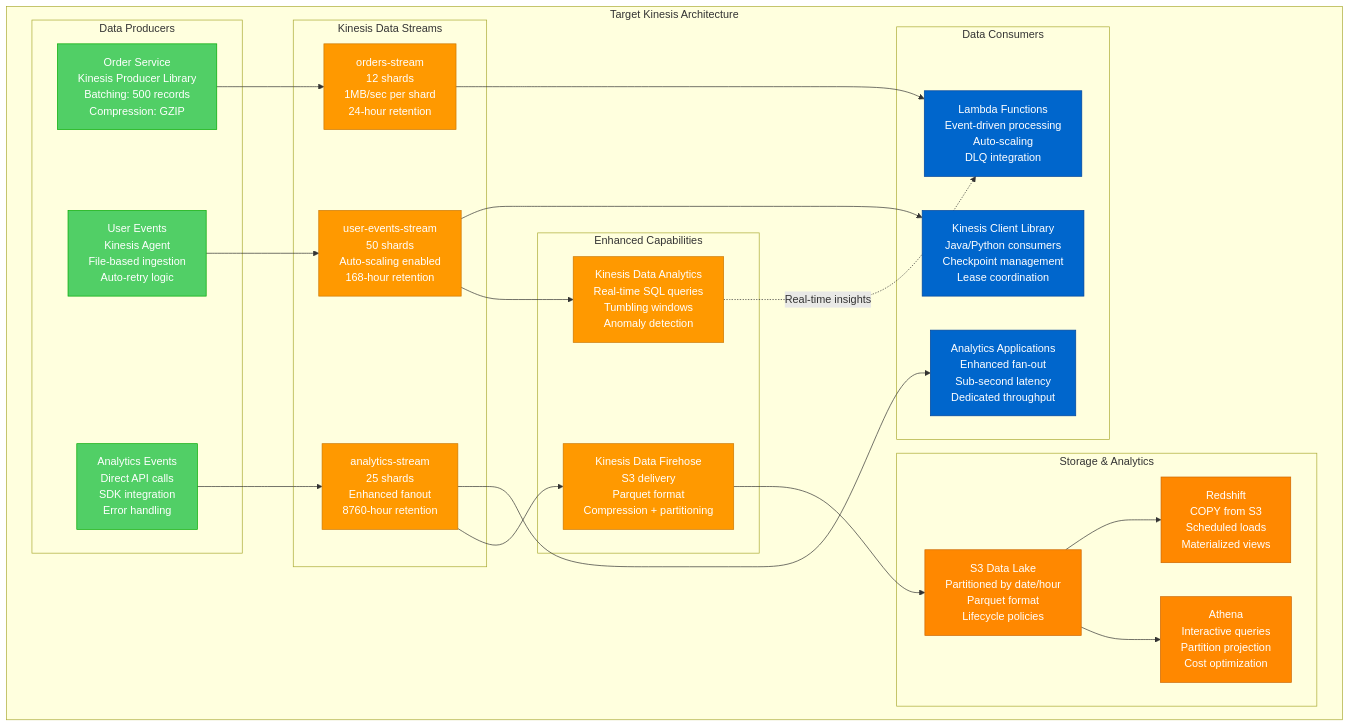
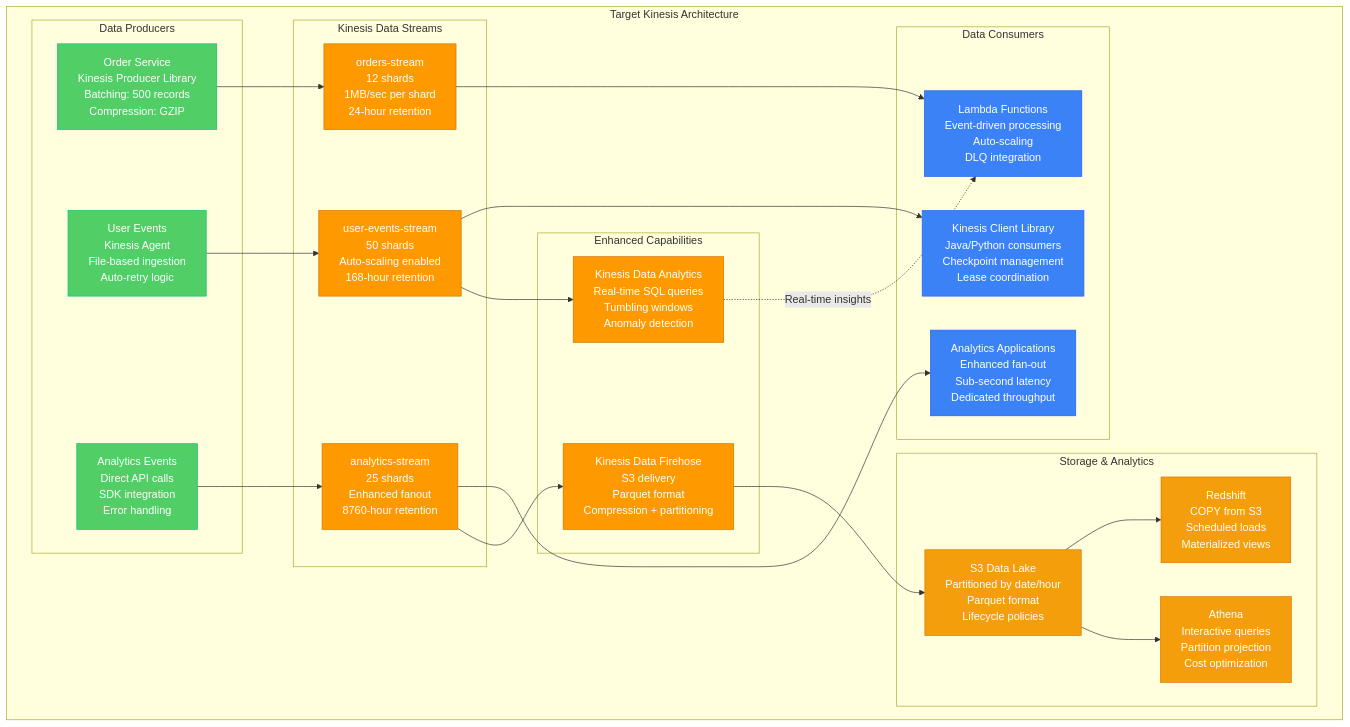
Before and after one commit to deepaucksharma/DS: the second of 7 diagrams in site/docs/migrations/kafka-to-kinesis.md, drawn with Mermaid. The commit also changed other lines of this file and 303 other files, not shown here.

````diff
--- a/site/docs/migrations/kafka-to-kinesis.md
+++ b/site/docs/migrations/kafka-to-kinesis.md
@@ -113,66 +113,66 @@
 ```mermaid
 graph TB
     subgraph "Target Kinesis Architecture"
         subgraph "Data Producers"
             APP1[Order Service<br/>Kinesis Producer Library<br/>Batching: 500 records<br/>Compression: GZIP]
             APP2[User Events<br/>Kinesis Agent<br/>File-based ingestion<br/>Auto-retry logic]
             APP3[Analytics Events<br/>Direct API calls<br/>SDK integration<br/>Error handling]
         end
 
         subgraph "Kinesis Data Streams"
             STREAM1[orders-stream<br/>12 shards<br/>1MB/sec per shard<br/>24-hour retention]
             STREAM2[user-events-stream<br/>50 shards<br/>Auto-scaling enabled<br/>168-hour retention]
             STREAM3[analytics-stream<br/>25 shards<br/>Enhanced fanout<br/>8760-hour retention]
         end
 
         subgraph "Enhanced Capabilities"
             KINESIS_ANALYTICS[Kinesis Data Analytics<br/>Real-time SQL queries<br/>Tumbling windows<br/>Anomaly detection]
 
             KINESIS_FIREHOSE[Kinesis Data Firehose<br/>S3 delivery<br/>Parquet format<br/>Compression + partitioning]
         end
 
         subgraph "Data Consumers"
             LAMBDA1[Lambda Functions<br/>Event-driven processing<br/>Auto-scaling<br/>DLQ integration]
 
             KCL[Kinesis Client Library<br/>Java/Python consumers<br/>Checkpoint management<br/>Lease coordination]
 
             ANALYTICS_APP[Analytics Applications<br/>Enhanced fan-out<br/>Sub-second latency<br/>Dedicated throughput]
         end
 
         subgraph "Storage & Analytics"
             S3[S3 Data Lake<br/>Partitioned by date/hour<br/>Parquet format<br/>Lifecycle policies]
 
             REDSHIFT[Redshift<br/>COPY from S3<br/>Scheduled loads<br/>Materialized views]
 
             ATHENA[Athena<br/>Interactive queries<br/>Partition projection<br/>Cost optimization]
         end
     end
 
     APP1 --> STREAM1
     APP2 --> STREAM2
     APP3 --> STREAM3
 
     STREAM1 --> LAMBDA1
     STREAM2 --> KCL
     STREAM3 --> ANALYTICS_APP
 
     STREAM2 --> KINESIS_ANALYTICS
     STREAM3 --> KINESIS_FIREHOSE
 
     KINESIS_FIREHOSE --> S3
     S3 --> REDSHIFT
     S3 --> ATHENA
 
     KINESIS_ANALYTICS -.->|Real-time insights| LAMBDA1
 
     %% Apply colors
-    classDef producerStyle fill:#51CF66,stroke:#00AA00,color:#fff
+    classDef producerStyle fill:#51CF66,stroke:#10B981,color:#fff
     classDef kinesisStyle fill:#FF9900,stroke:#CC7700,color:#fff
-    classDef consumerStyle fill:#0066CC,stroke:#004499,color:#fff
-    classDef storageStyle fill:#FF8800,stroke:#CC6600,color:#fff
+    classDef consumerStyle fill:#3B82F6,stroke:#2563EB,color:#fff
+    classDef storageStyle fill:#F59E0B,stroke:#D97706,color:#fff
 
     class APP1,APP2,APP3 producerStyle
     class STREAM1,STREAM2,STREAM3,KINESIS_ANALYTICS,KINESIS_FIREHOSE kinesisStyle
     class LAMBDA1,KCL,ANALYTICS_APP consumerStyle
     class S3,REDSHIFT,ATHENA storageStyle
 ```
````
